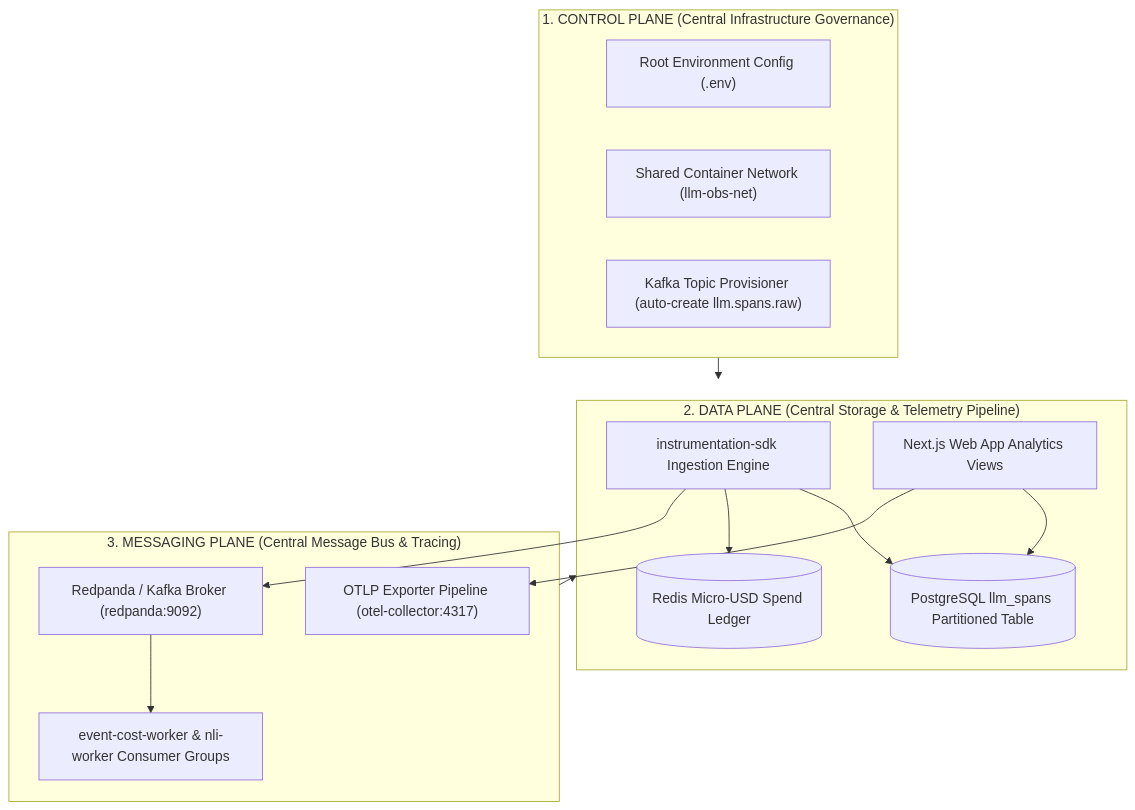
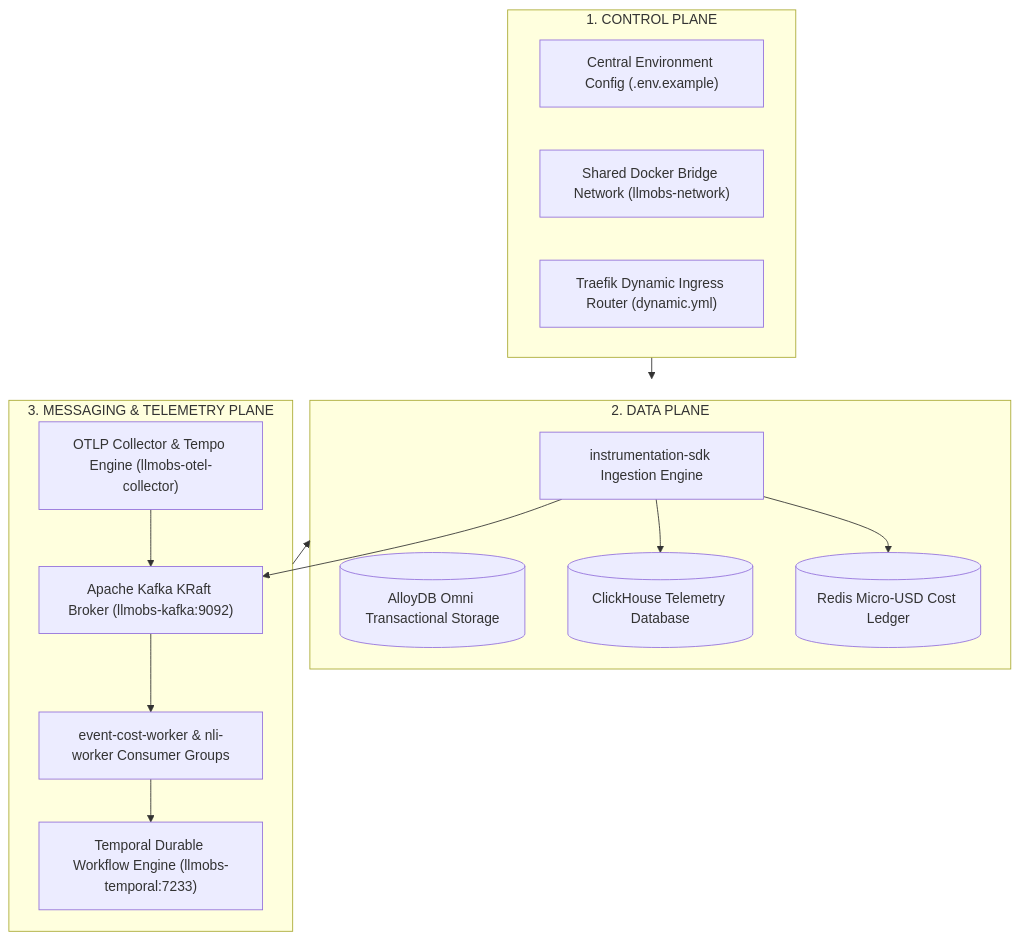
The second of 2 diagrams in notebooks/runbooks/decisions/20260825-013-centralized-platform-infrastructure-topology-and-decoupled-microservices.md (Chief-Strategist-J/llm-observability-platform), drawn with Mermaid before and after one commit. The commit also changed other lines of this file and 3 other files, not shown here.

````diff
--- a/notebooks/runbooks/decisions/20260825-013-centralized-platform-infrastructure-topology-and-decoupled-microservices.md
+++ b/notebooks/runbooks/decisions/20260825-013-centralized-platform-infrastructure-topology-and-decoupled-microservices.md
@@ -86,32 +90,33 @@
 ```mermaid
 flowchart TD
-    subgraph ControlPlane["1. CONTROL PLANE (Central Infrastructure Governance)"]
-        EnvConfig["Root Environment Config (.env)"]
-        DockerNetwork["Shared Container Network (llm-obs-net)"]
-        TopicProvisioner["Kafka Topic Provisioner (auto-create llm.spans.raw)"]
+    subgraph ControlPlane["1. CONTROL PLANE"]
+        EnvConfig["Central Environment Config (.env.example)"]
+        DockerNetwork["Shared Docker Bridge Network (llmobs-network)"]
+        TraefikRouter["Traefik Dynamic Ingress Router (dynamic.yml)"]
     end
 
-    subgraph DataPlane["2. DATA PLANE (Central Storage & Telemetry Pipeline)"]
+    subgraph DataPlane["2. DATA PLANE"]
         FastApiIngest["instrumentation-sdk Ingestion Engine"]
-        PostgresStore[("PostgreSQL llm_spans Partitioned Table")]
-        RedisCounters[("Redis Micro-USD Spend Ledger")]
-        NextDashboard["Next.js Web App Analytics Views"]
+        AlloyStore[("AlloyDB Omni Transactional Storage")]
+        ClickHouseAnalytics[("ClickHouse Telemetry Database")]
+        RedisLedger[("Redis Micro-USD Cost Ledger")]
 
-        FastApiIngest --> PostgresStore
-        FastApiIngest --> RedisCounters
-        NextDashboard --> PostgresStore
+        FastApiIngest --> ClickHouseAnalytics
+        FastApiIngest --> RedisLedger
     end
 
-    subgraph MessagingPlane["3. MESSAGING PLANE (Central Message Bus & Tracing)"]
-        CentralKafka["Redpanda / Kafka Broker (redpanda:9092)"]
-        CentralOtel["OTLP Exporter Pipeline (otel-collector:4317)"]
+    subgraph MessagingPlane["3. MESSAGING & TELEMETRY PLANE"]
+        CentralKafka["Apache Kafka KRaft Broker (llmobs-kafka:9092)"]
+        CentralOtel["OTLP Collector & Tempo Engine (llmobs-otel-collector)"]
+        TemporalSaga["Temporal Durable Workflow Engine (llmobs-temporal:7233)"]
         WorkerConsumers["event-cost-worker & nli-worker Consumer Groups"]
 
         FastApiIngest --> CentralKafka
         CentralKafka --> WorkerConsumers
-        NextDashboard --> CentralOtel
+        WorkerConsumers --> TemporalSaga
+        CentralOtel --> CentralKafka
     end
 
     ControlPlane --> DataPlane
     MessagingPlane --> DataPlane
 ```
````
